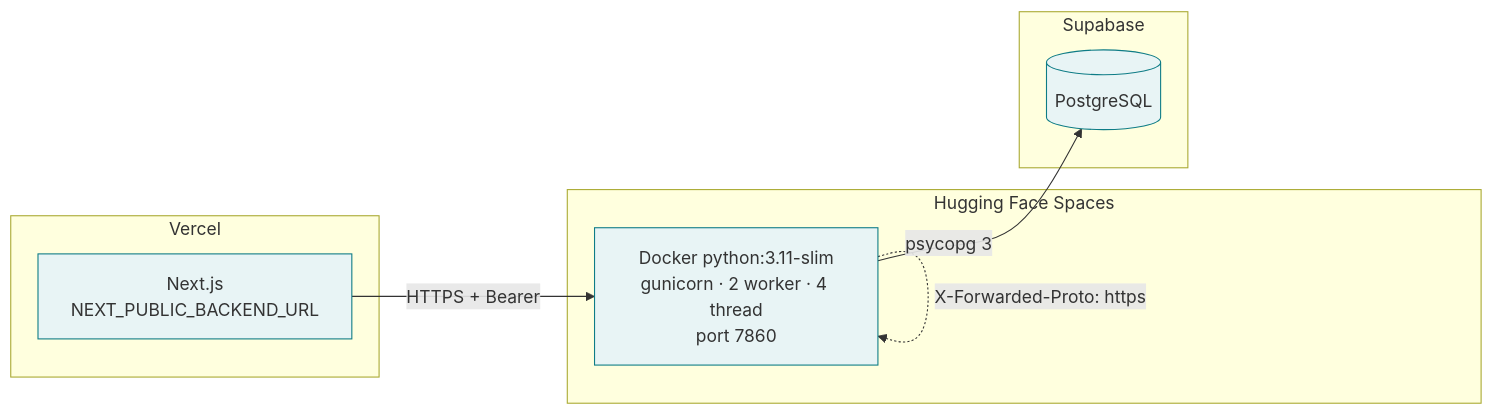
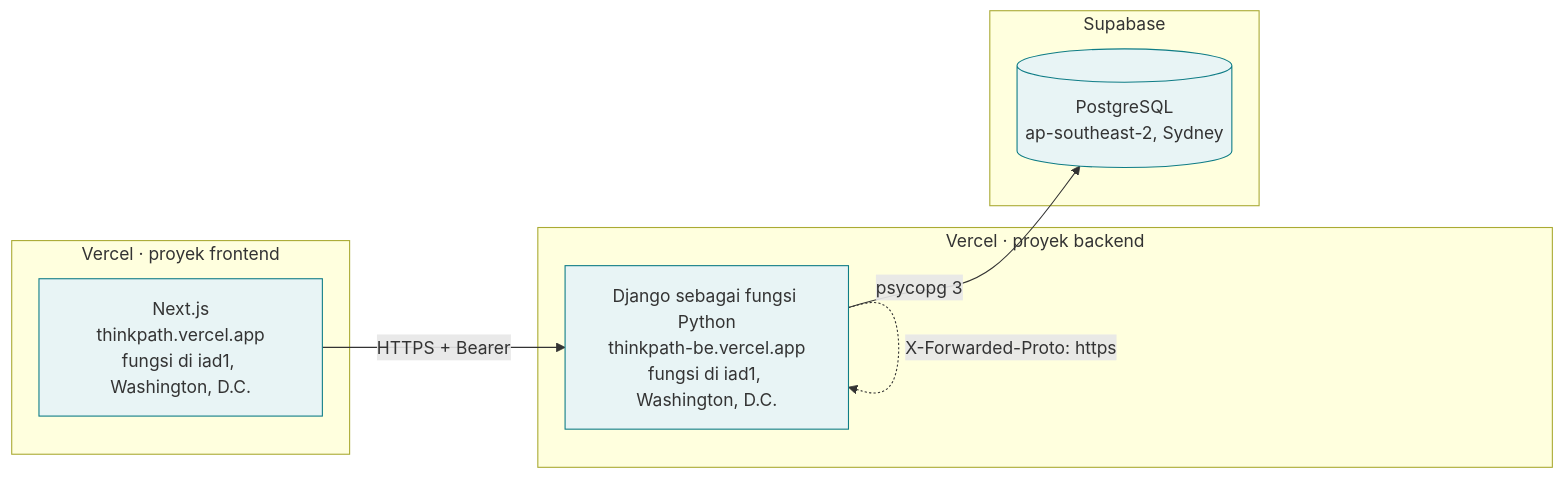
One commit to FadhRach/ThinkPath changed the fourth of 4 diagrams in diagram/01-arsitektur-sistem.md. Above: the diagram before and after it, drawn with Mermaid. The commit also changed other lines of this file and 7 other files, not shown here.

Commit message:
docs: jelaskan deploy backend di Vercel dan migrasi manual setelah merge

````diff
--- a/diagram/01-arsitektur-sistem.md
+++ b/diagram/01-arsitektur-sistem.md
@@ -156,19 +158,19 @@
 ```mermaid
 flowchart LR
-    subgraph V["Vercel"]
-        NX["Next.js<br/>NEXT_PUBLIC_BACKEND_URL"]
+    subgraph VF["Vercel · proyek frontend"]
+        NX["Next.js<br/>thinkpath.vercel.app<br/>fungsi di iad1, Washington, D.C."]
     end
-    subgraph H["Hugging Face Spaces"]
-        DK["Docker python:3.11-slim<br/>gunicorn · 2 worker · 4 thread<br/>port 7860"]
+    subgraph VB["Vercel · proyek backend"]
+        DJ["Django sebagai fungsi Python<br/>thinkpath-be.vercel.app<br/>fungsi di iad1, Washington, D.C."]
     end
     subgraph S["Supabase"]
-        PG[("PostgreSQL")]
+        PG[("PostgreSQL<br/>ap-southeast-2, Sydney")]
     end
 
-    NX -->|"HTTPS + Bearer"| DK
-    DK -->|"psycopg 3"| PG
-    DK -.->|"X-Forwarded-Proto: https"| DK
+    NX -->|"HTTPS + Bearer"| DJ
+    DJ -->|"psycopg 3"| PG
+    DJ -.->|"X-Forwarded-Proto: https"| DJ
 
     classDef box fill:#E8F4F5,stroke:#0E7C86
-    class NX,DK,PG box
+    class NX,DJ,PG box
 ```
````
